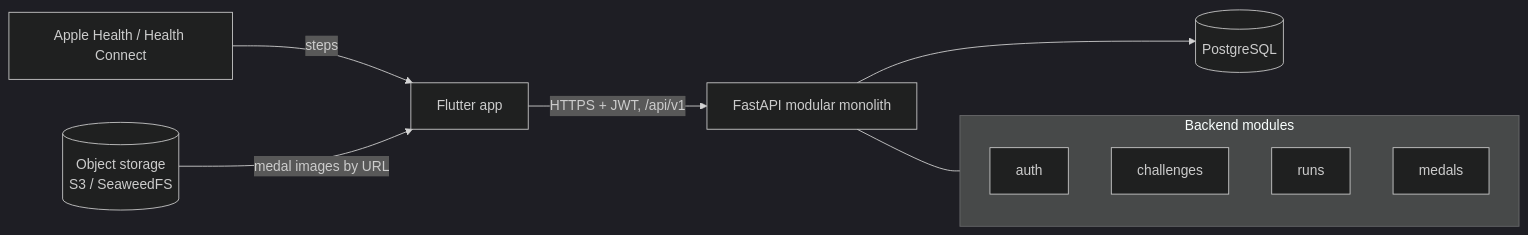
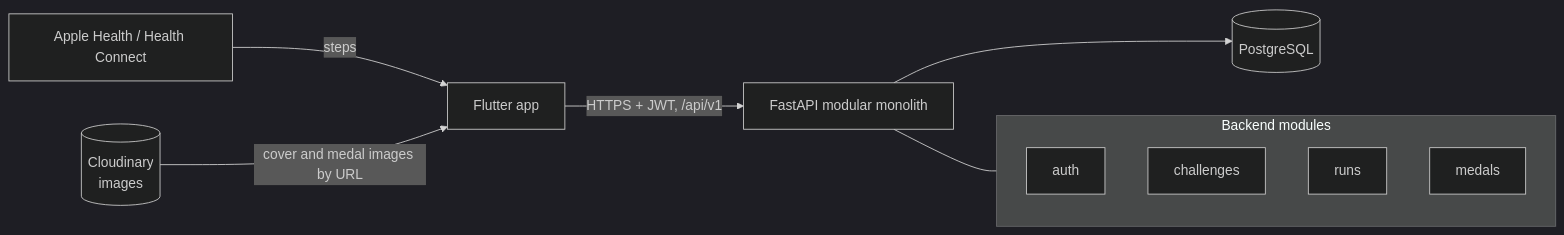
One commit to huynguyennang-agilityio/claude-code-training changed the first of 9 diagrams in docs/architecture.md. Above: the diagram before and after it, drawn with Mermaid (dark theme). The commit also changed other lines of this file and 19 other files, not shown here.

Commit message:
chore: replace S3 and SeaweedFS with Cloudinary (Refs #60)

````diff
--- a/docs/architecture.md
+++ b/docs/architecture.md
@@ -11,14 +11,14 @@
 ```mermaid
 flowchart LR
     HK["Apple Health / Health Connect"] -->|steps| APP["Flutter app"]
     APP -->|"HTTPS + JWT, /api/v1"| API["FastAPI modular monolith"]
     API --> DB[("PostgreSQL")]
-    S3[("Object storage<br/>S3 / SeaweedFS")] -->|"medal images by URL"| APP
+    IMG[("Cloudinary<br/>images")] -->|"cover and medal images by URL"| APP
     subgraph API_MODULES["Backend modules"]
         AUTH["auth"]
         CH["challenges"]
         RUNS["runs"]
         MED["medals"]
     end
     API --- API_MODULES
 ```
````
